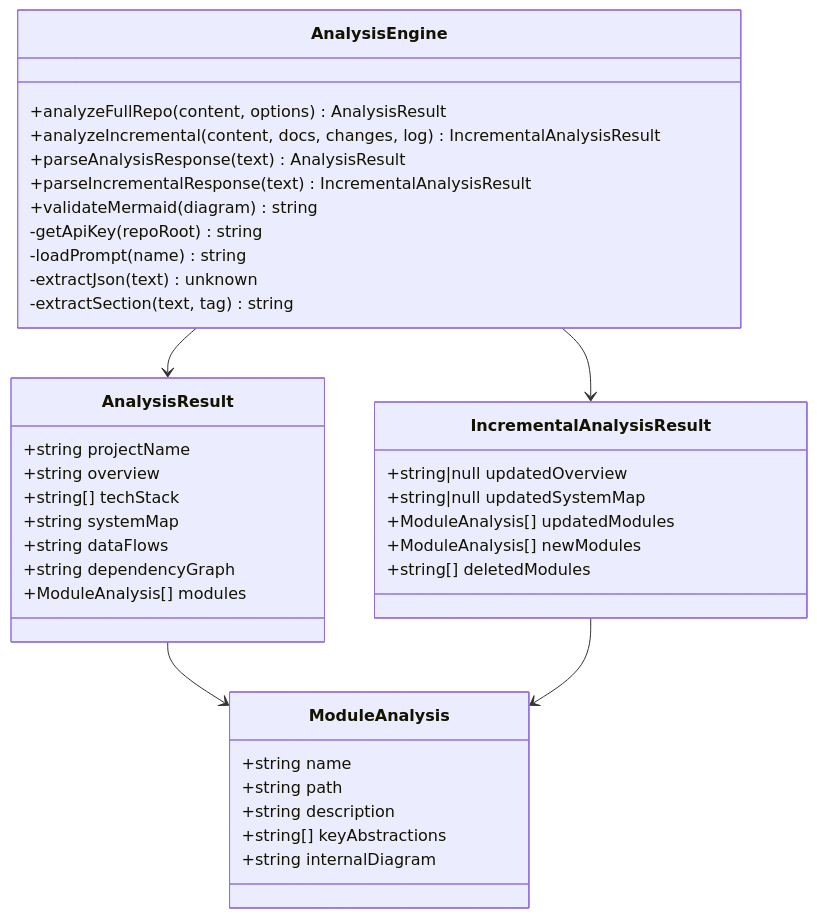
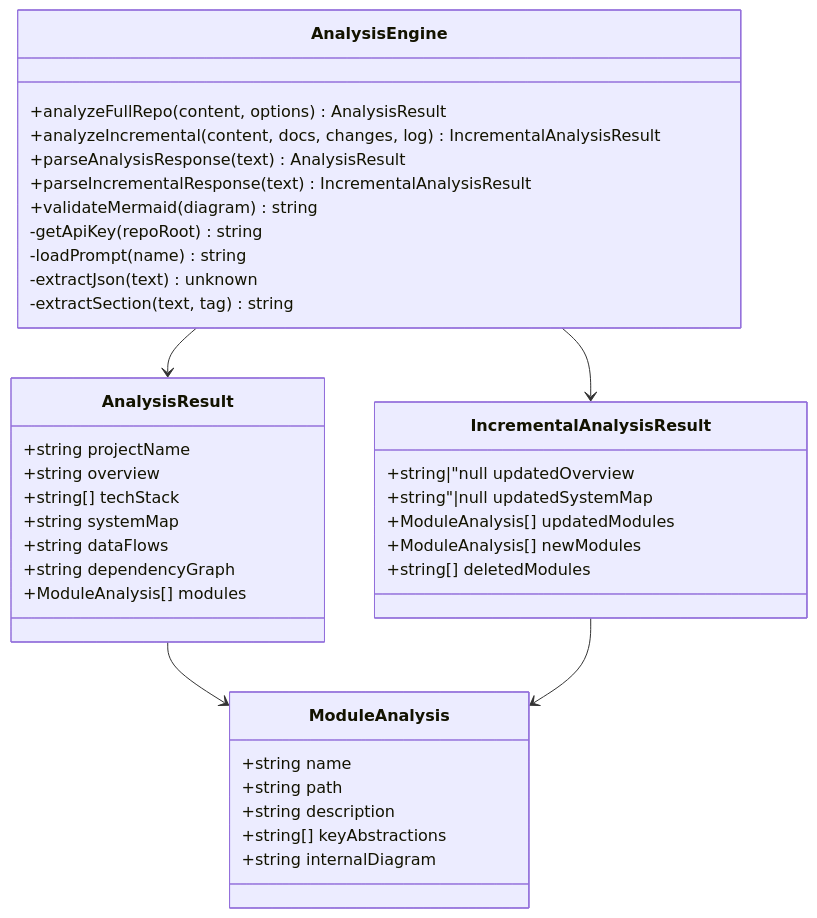
One commit to sergical/repo-architect changed the diagram in docs/architecture/modules/ai-analysis-engine.md. Above: the diagram before and after it, drawn with Mermaid. The commit also changed other lines of this file and 12 other files, not shown here.

Commit message:
Regenerate architecture docs

````diff
--- a/docs/architecture/modules/ai-analysis-engine.md
+++ b/docs/architecture/modules/ai-analysis-engine.md
@@ -23,41 +24,41 @@
 ```mermaid
 classDiagram
     class AnalysisEngine {
         +analyzeFullRepo(content, options) AnalysisResult
         +analyzeIncremental(content, docs, changes, log) IncrementalAnalysisResult
         +parseAnalysisResponse(text) AnalysisResult
         +parseIncrementalResponse(text) IncrementalAnalysisResult
         +validateMermaid(diagram) string
         -getApiKey(repoRoot) string
         -loadPrompt(name) string
         -extractJson(text) unknown
         -extractSection(text, tag) string
     }
     class AnalysisResult {
         +string projectName
         +string overview
         +string[] techStack
         +string systemMap
         +string dataFlows
         +string dependencyGraph
         +ModuleAnalysis[] modules
     }
     class IncrementalAnalysisResult {
-        +string|null updatedOverview
-        +string|null updatedSystemMap
+        +string|"null updatedOverview
+        +string"|null updatedSystemMap
         +ModuleAnalysis[] updatedModules
         +ModuleAnalysis[] newModules
         +string[] deletedModules
     }
     class ModuleAnalysis {
         +string name
         +string path
         +string description
         +string[] keyAbstractions
         +string internalDiagram
     }
     AnalysisEngine --> AnalysisResult
     AnalysisEngine --> IncrementalAnalysisResult
     AnalysisResult --> ModuleAnalysis
     IncrementalAnalysisResult --> ModuleAnalysis
 ```
````
